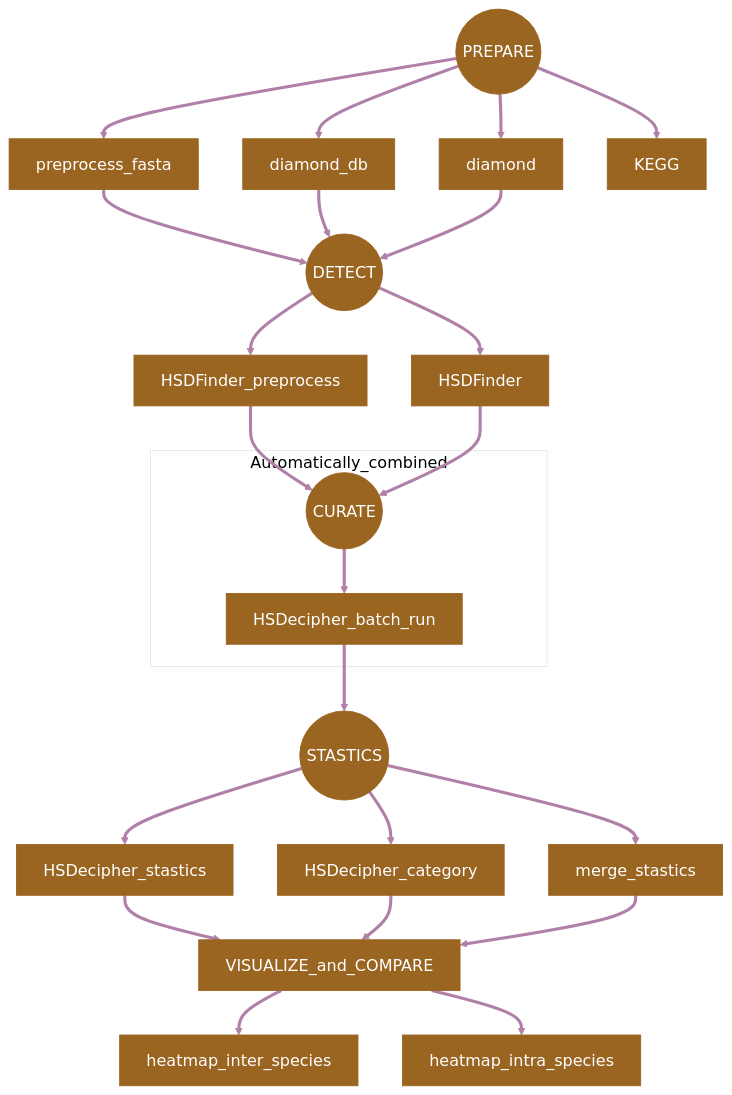
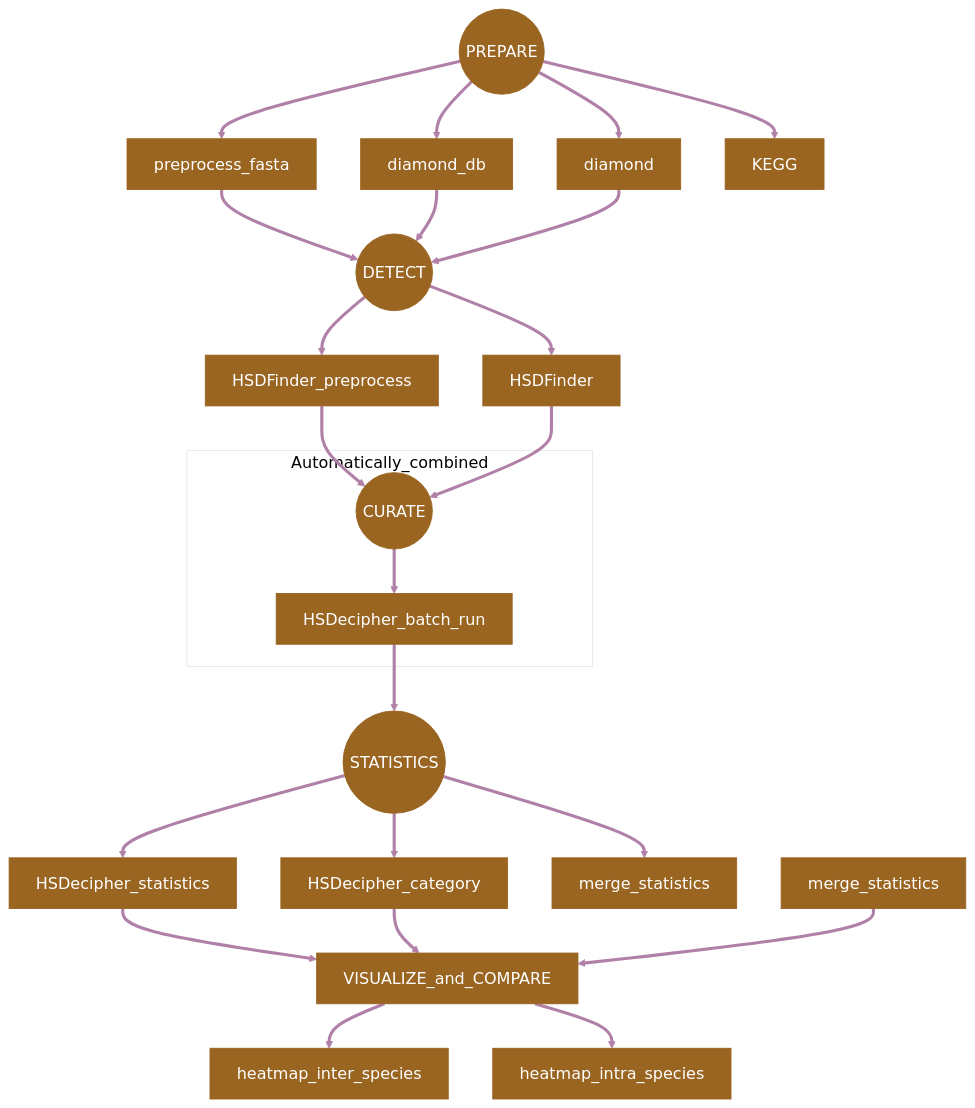
The diagram in README.md (zx0223winner/HSDSnake), drawn with Mermaid before and after one commit.

````diff
--- a/README.md
+++ b/README.md
@@ -10,51 +10,51 @@
 ```mermaid
 %%{init: {
     'theme': 'base',
     'themeVariables': {
     'fontSize': '18px",
     'primaryColor': '#9A6421',
     'primaryTextColor': '#ffffff',
     'primaryBorderColor': '#9A6421',
     'lineColor': '#B180A8',
     'secondaryColor': '#455C58',
     'tertiaryColor': '#ffffff'
   }
 }}%%
 flowchart TD
   
   PREPARE((PREPARE)) ==> preprocess_fasta[preprocess_fasta]
   PREPARE ==> diamond_db[diamond_db]
   PREPARE ==> diamond[ diamond]
   PREPARE ==> KEGG[KEGG]
 
   preprocess_fasta ==> DETECT
   diamond_db ==> DETECT
   diamond ==> DETECT
 
 
   DETECT((DETECT)) ==> HSDFinder_preprocess[HSDFinder_preprocess]
   DETECT ==> HSDFinder[HSDFinder]
   
 
   HSDFinder_preprocess ==> CURATE
   HSDFinder ==> CURATE
   
   subgraph Automatically_combined
    CURATE((CURATE)) ==> HSDecipher_batch_run[HSDecipher_batch_run]
   end
-  HSDecipher_batch_run ==> STASTICS
+  HSDecipher_batch_run ==> STATISTICS
 
-  STASTICS((STASTICS)) ==> HSDecipher_stastics[HSDecipher_stastics]
-  STASTICS ==> HSDecipher_category[HSDecipher_category]
-  STASTICS ==> merge_stastics[merge_stastics]
+  STATISTICS((STATISTICS)) ==> HSDecipher_statistics[HSDecipher_statistics]
+  STATISTICS ==> HSDecipher_category[HSDecipher_category]
+  STATISTICS ==> merge_stastics[merge_statistics]
 
-  HSDecipher_stastics ==> VISUALIZE_and_COMPARE
+  HSDecipher_statistics ==> VISUALIZE_and_COMPARE
   HSDecipher_category ==> VISUALIZE_and_COMPARE
-  merge_stastics ==> VISUALIZE_and_COMPARE
+  merge_statistics ==> VISUALIZE_and_COMPARE
 
   VISUALIZE_and_COMPARE ==> HSDecipher_heatmap_inter_species_prepare[heatmap_inter_species]
   VISUALIZE_and_COMPARE ==> HSDecipher_heatmap_intra_species[heatmap_intra_species]
 
 
 
 ```
````
